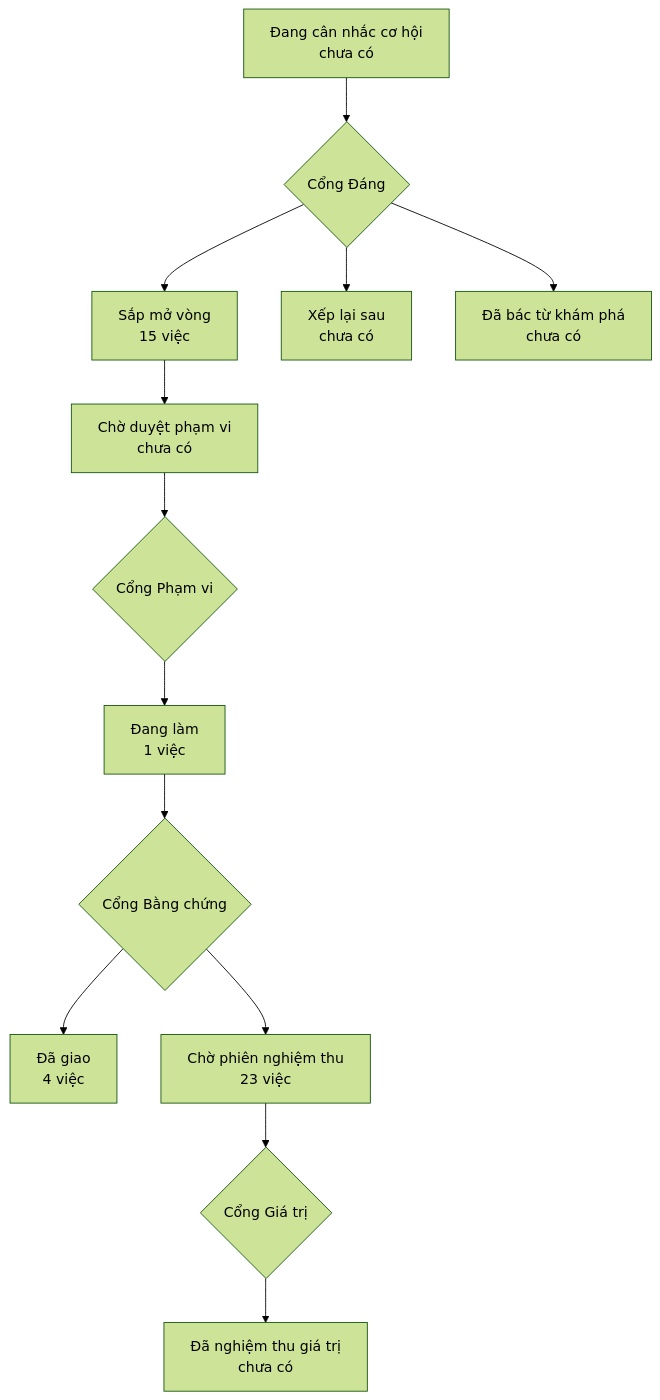
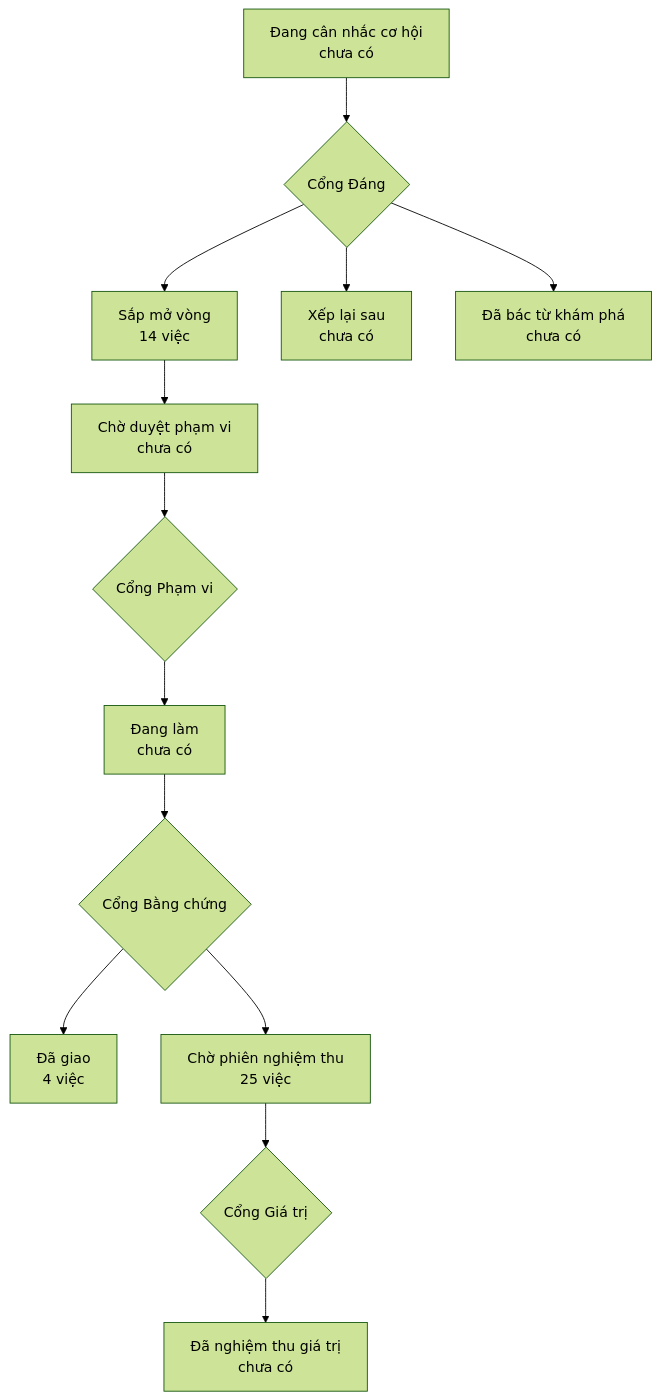
Before and after one commit to phanlemanh/onehub-quy-hang: the diagram in PRODUCT-MAP.md, drawn with Mermaid (forest theme). The commit also changed other lines of this file and 5 other files, not shown here.

````diff
--- a/PRODUCT-MAP.md
+++ b/PRODUCT-MAP.md
@@ -7,12 +7,12 @@
 ```mermaid
 flowchart TD
   A["Đang cân nhắc cơ hội<br/>chưa có"] --> GD{"Cổng Đáng"}
-  GD --> B["Sắp mở vòng<br/>15 việc"]
+  GD --> B["Sắp mở vòng<br/>14 việc"]
   GD --> XL["Xếp lại sau<br/>chưa có"]
   GD --> DB["Đã bác từ khám phá<br/>chưa có"]
   B --> CD["Chờ duyệt phạm vi<br/>chưa có"] --> GP{"Cổng Phạm vi"}
-  GP --> DL["Đang làm<br/>1 việc"] --> GB{"Cổng Bằng chứng"}
+  GP --> DL["Đang làm<br/>chưa có"] --> GB{"Cổng Bằng chứng"}
   GB --> DG["Đã giao<br/>4 việc"]
-  GB --> CN["Chờ phiên nghiệm thu<br/>23 việc"] --> GG{"Cổng Giá trị"}
+  GB --> CN["Chờ phiên nghiệm thu<br/>25 việc"] --> GG{"Cổng Giá trị"}
   GG --> NT["Đã nghiệm thu giá trị<br/>chưa có"]
 ```
````
